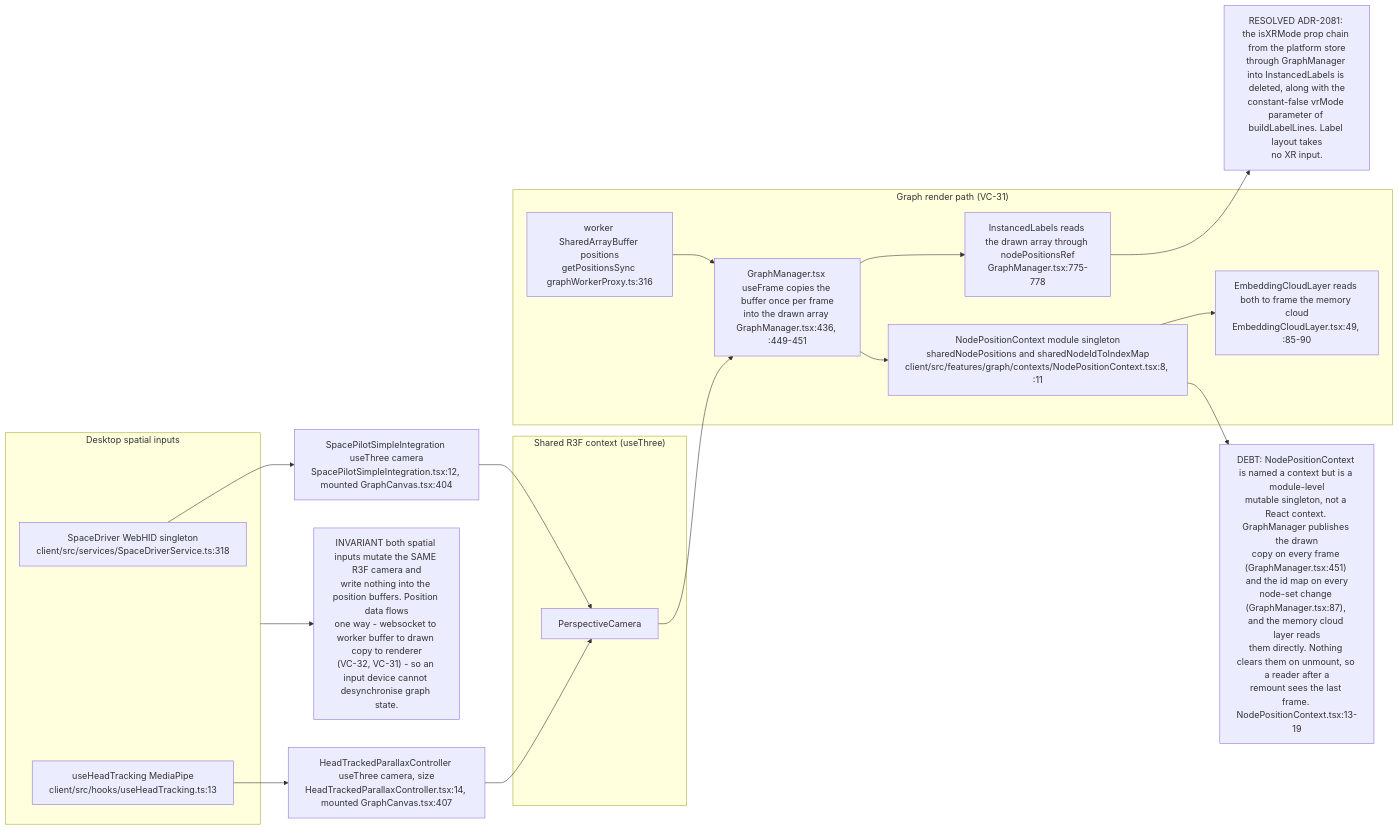
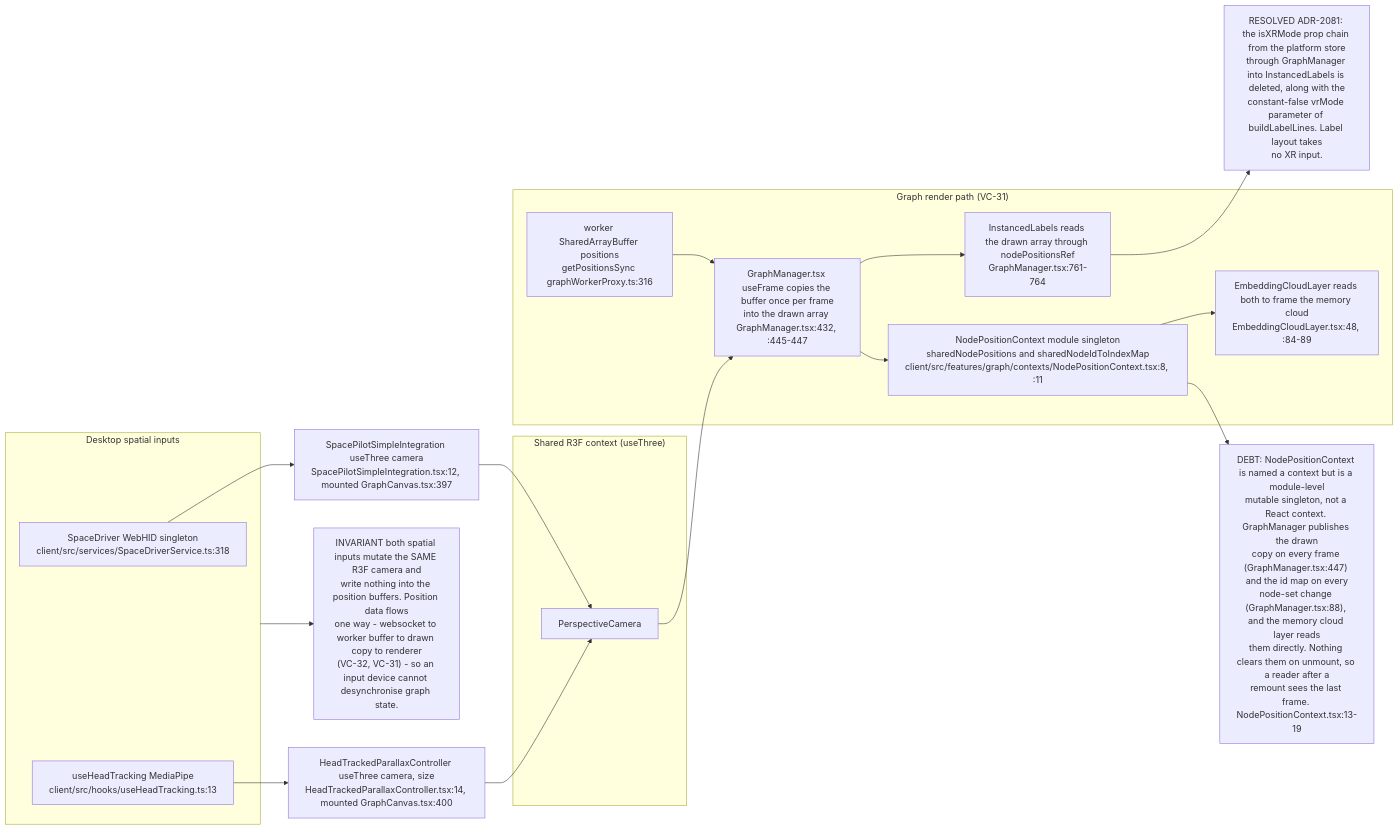
One commit to DreamLab-AI/VisionFlow changed the seventh of 11 diagrams in docs/diagrams/visionclaw/37-browser-xr-and-desktop-input.md. Above: the diagram before and after it, drawn with Mermaid. The commit also changed other lines of this file and 46 other files, not shown here.

Commit message:
docs(diagrams): re-verify VisionClaw topics at 809a859aa/a950f4d80 after the consolidation pass

````diff
--- a/docs/diagrams/visionclaw/37-browser-xr-and-desktop-input.md
+++ b/docs/diagrams/visionclaw/37-browser-xr-and-desktop-input.md
@@ -348,30 +349,30 @@
 ```mermaid
 flowchart LR
     subgraph inputs["Desktop spatial inputs"]
         SP["SpaceDriver WebHID singleton<br/>client/src/services/SpaceDriverService.ts:318"]
         HT["useHeadTracking MediaPipe<br/>client/src/hooks/useHeadTracking.ts:13"]
     end
     subgraph r3f["Shared R3F context (useThree)"]
         CAM["PerspectiveCamera"]
     end
     subgraph graph["Graph render path (VC-31)"]
         SAB["worker SharedArrayBuffer positions<br/>getPositionsSync graphWorkerProxy.ts:316"]
-        GMx["GraphManager.tsx useFrame copies the buffer once per frame<br/>into the drawn array GraphManager.tsx:436, :449-451"]
-        ILx["InstancedLabels reads the drawn array through nodePositionsRef<br/>GraphManager.tsx:775-778"]
+        GMx["GraphManager.tsx useFrame copies the buffer once per frame<br/>into the drawn array GraphManager.tsx:432, :445-447"]
+        ILx["InstancedLabels reads the drawn array through nodePositionsRef<br/>GraphManager.tsx:761-764"]
         NPC["NodePositionContext module singleton<br/>sharedNodePositions and sharedNodeIdToIndexMap<br/>client/src/features/graph/contexts/NodePositionContext.tsx:8, :11"]
-        ECL["EmbeddingCloudLayer reads both to frame the memory cloud<br/>EmbeddingCloudLayer.tsx:49, :85-90"]
+        ECL["EmbeddingCloudLayer reads both to frame the memory cloud<br/>EmbeddingCloudLayer.tsx:48, :84-89"]
     end
-    SP --> SIx["SpacePilotSimpleIntegration useThree camera<br/>SpacePilotSimpleIntegration.tsx:12, mounted GraphCanvas.tsx:404"] --> CAM
-    HT --> HPCx["HeadTrackedParallaxController useThree camera, size<br/>HeadTrackedParallaxController.tsx:14, mounted GraphCanvas.tsx:407"] --> CAM
+    SP --> SIx["SpacePilotSimpleIntegration useThree camera<br/>SpacePilotSimpleIntegration.tsx:12, mounted GraphCanvas.tsx:397"] --> CAM
+    HT --> HPCx["HeadTrackedParallaxController useThree camera, size<br/>HeadTrackedParallaxController.tsx:14, mounted GraphCanvas.tsx:400"] --> CAM
     SAB --> GMx
     CAM --> GMx
     GMx --> ILx
     GMx --> NPC
     NPC --> ECL
     ILx --> NOTE1
     NOTE1["RESOLVED ADR-2081: the isXRMode prop chain from the platform store<br/>through GraphManager into InstancedLabels is deleted, along with the<br/>constant-false vrMode parameter of buildLabelLines. Label layout takes<br/>no XR input."]
     inputs --> NOTE2
     NOTE2["INVARIANT both spatial inputs mutate the SAME R3F camera and<br/>write nothing into the position buffers. Position data flows<br/>one way - websocket to worker buffer to drawn copy to renderer<br/>(VC-32, VC-31) - so an input device cannot desynchronise graph state."]
     NPC --> NOTE3
-    NOTE3["DEBT: NodePositionContext is named a context but is a module-level<br/>mutable singleton, not a React context. GraphManager publishes the drawn<br/>copy on every frame (GraphManager.tsx:451) and the id map on every<br/>node-set change (GraphManager.tsx:87), and the memory cloud layer reads<br/>them directly. Nothing clears them on unmount, so a reader after a<br/>remount sees the last frame. NodePositionContext.tsx:13-19"]
+    NOTE3["DEBT: NodePositionContext is named a context but is a module-level<br/>mutable singleton, not a React context. GraphManager publishes the drawn<br/>copy on every frame (GraphManager.tsx:447) and the id map on every<br/>node-set change (GraphManager.tsx:88), and the memory cloud layer reads<br/>them directly. Nothing clears them on unmount, so a reader after a<br/>remount sees the last frame. NodePositionContext.tsx:13-19"]
 ```
````
